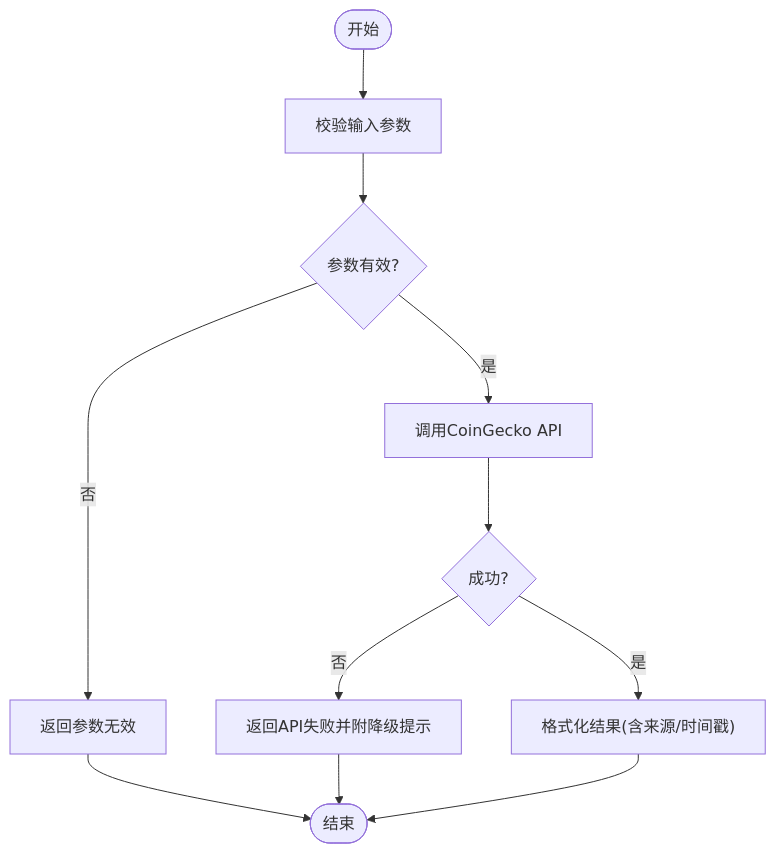
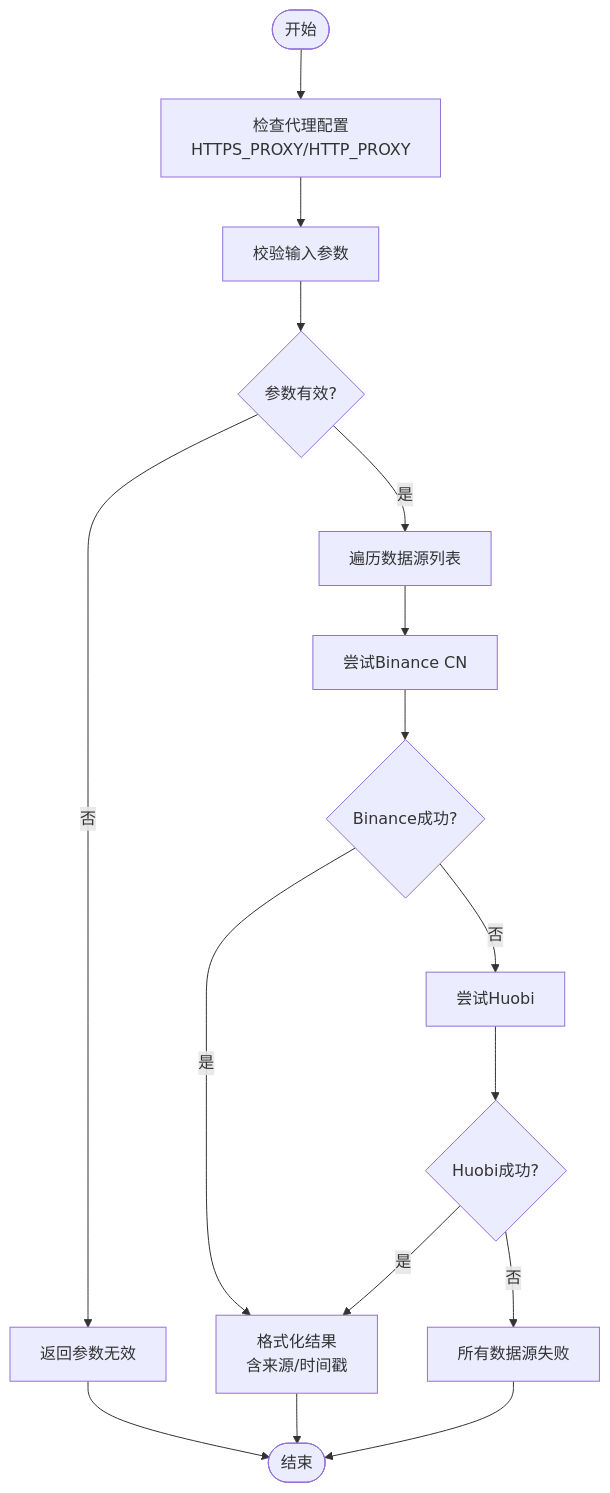
The third of 6 diagrams in .qoder/repowiki/zh/content/Web3工具集成/Web3工具集成.md (CryptoLinxu/Web3-AI-Agent), drawn with Mermaid before and after one commit. The commit also changed other lines of this file and 6 other files, not shown here.

````diff
--- a/.qoder/repowiki/zh/content/Web3工具集成/Web3工具集成.md
+++ b/.qoder/repowiki/zh/content/Web3工具集成/Web3工具集成.md
@@ -144,13 +164,18 @@
 ```mermaid
 flowchart TD
-Start(["开始"]) --> Validate["校验输入参数"]
+Start(["开始"]) --> Proxy["检查代理配置<br/>HTTPS_PROXY/HTTP_PROXY"]
+Proxy --> Validate["校验输入参数"]
 Validate --> Valid{"参数有效?"}
 Valid --> |否| ErrParam["返回参数无效"]
-Valid --> |是| Fetch["调用CoinGecko API"]
-Fetch --> Ok{"成功?"}
-Ok --> |否| ErrAPI["返回API失败并附降级提示"]
-Ok --> |是| Format["格式化结果(含来源/时间戳)"]
-Format --> Done(["结束"])
+Valid --> |是| Loop["遍历数据源列表"]
+Loop --> TryBinance["尝试Binance CN"]
+TryBinance --> BinOk{"Binance成功?"}
+BinOk --> |是| Format["格式化结果<br/>含来源/时间戳"]
+BinOk --> |否| TryHuobi["尝试Huobi"]
+TryHuobi --> HuoOk{"Huobi成功?"}
+HuoOk --> |是| Format
+HuoOk --> |否| ErrAll["所有数据源失败"]
+ErrAll --> Done(["结束"])
+Format --> Done
 ErrParam --> Done
-ErrAPI --> Done
 ```
````
